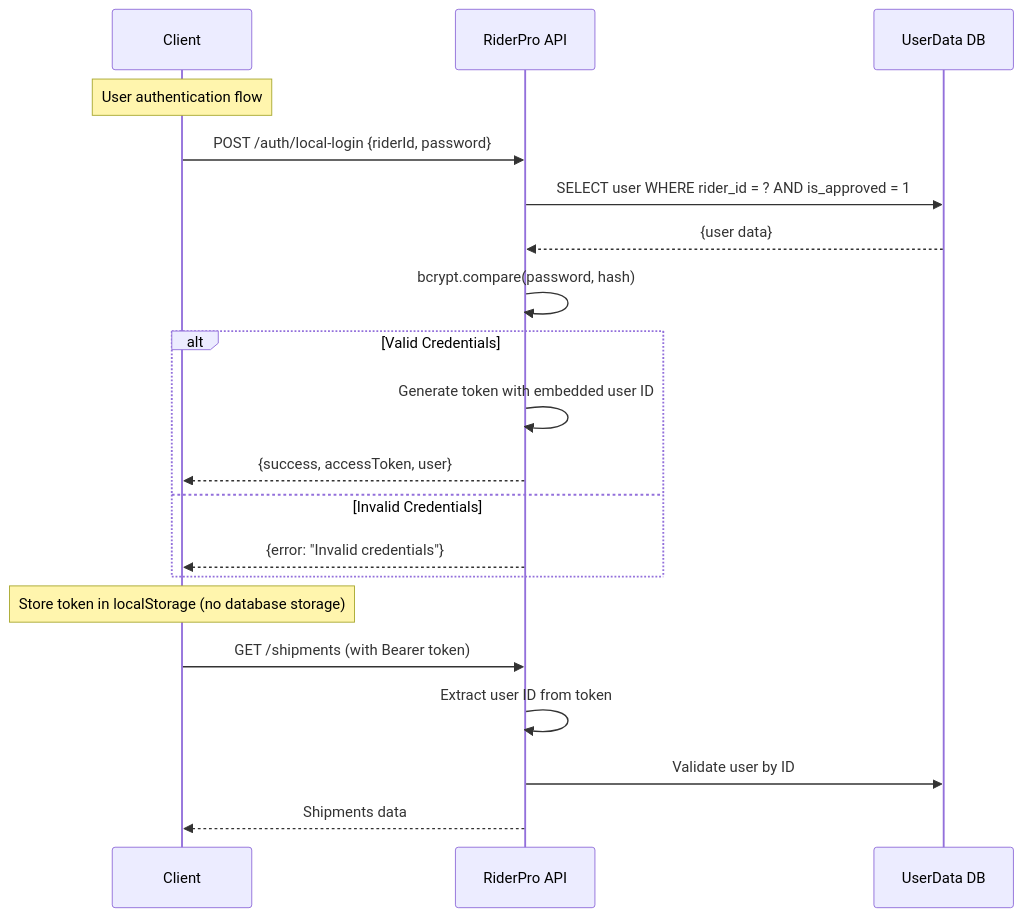
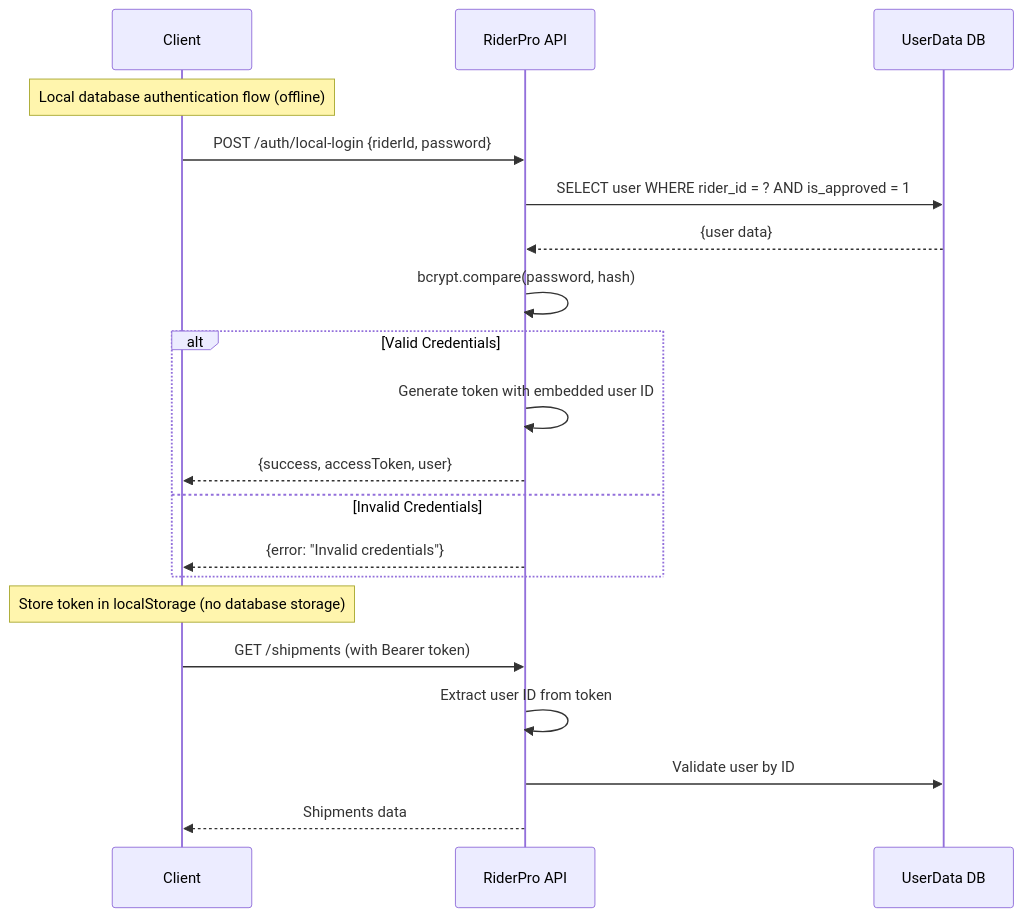
Before and after one commit to printo/RiderPro: the second of 2 diagrams in docs/authentication-system.md, drawn with Mermaid. The commit also changed other lines of this file and 7 other files, not shown here.

````diff
--- a/docs/authentication-system.md
+++ b/docs/authentication-system.md
@@ -22,26 +58,26 @@
 ```mermaid
 sequenceDiagram
     participant Client
     participant RiderPro API
     participant UserData DB
     
-    Note over Client: User authentication flow
+    Note over Client: Local database authentication flow (offline)
     
     Client->>RiderPro API: POST /auth/local-login {riderId, password}
     RiderPro API->>UserData DB: SELECT user WHERE rider_id = ? AND is_approved = 1
     UserData DB-->>RiderPro API: {user data}
     RiderPro API->>RiderPro API: bcrypt.compare(password, hash)
     alt Valid Credentials
         RiderPro API->>RiderPro API: Generate token with embedded user ID
         RiderPro API-->>Client: {success, accessToken, user}
     else Invalid Credentials
         RiderPro API-->>Client: {error: "Invalid credentials"}
     end
     
     Note over Client: Store token in localStorage (no database storage)
     
     Client->>RiderPro API: GET /shipments (with Bearer token)
     RiderPro API->>RiderPro API: Extract user ID from token
     RiderPro API->>UserData DB: Validate user by ID
     RiderPro API-->>Client: Shipments data
 ```
````
